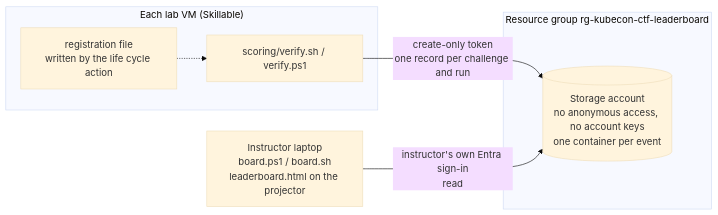
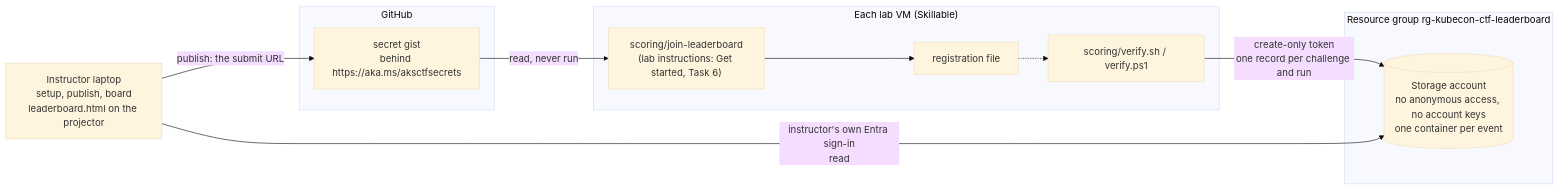
The diagram in leaderboard/README.md (SkillableJM/kubecon26-pre-day-lab-instructor), drawn with Mermaid (base theme) before and after one commit. The commit also changed other lines of this file and 18 other files, not shown here.

````diff
--- a/leaderboard/README.md
+++ b/leaderboard/README.md
@@ -15,12 +16,17 @@
 ```mermaid
 flowchart LR
   subgraph VM["Each lab VM (Skillable)"]
-    REG["registration file<br/>written by the life cycle action"] -.-> V["scoring/verify.sh / verify.ps1"]
+    J["scoring/join-leaderboard<br/>(lab instructions: Get started, Task 6)"] --> REG["registration file"] -.-> V["scoring/verify.sh / verify.ps1"]
+  end
+  subgraph GH["GitHub"]
+    G["secret gist<br/>behind https://aka.ms/aksctfsecrets"]
   end
   subgraph RG["Resource group rg-kubecon-ctf-leaderboard"]
     S[("Storage account<br/>no anonymous access, no account keys<br/>one container per event")]
   end
-  L["Instructor laptop<br/>board.ps1 / board.sh<br/>leaderboard.html on the projector"]
+  L["Instructor laptop<br/>setup, publish, board<br/>leaderboard.html on the projector"]
+  L -- "publish: the submit URL" --> G
+  G -- "read, never run" --> J
   V -- "create-only token<br/>one record per challenge and run" --> S
   L -- "instructor's own Entra sign-in<br/>read" --> S
 ```
````
